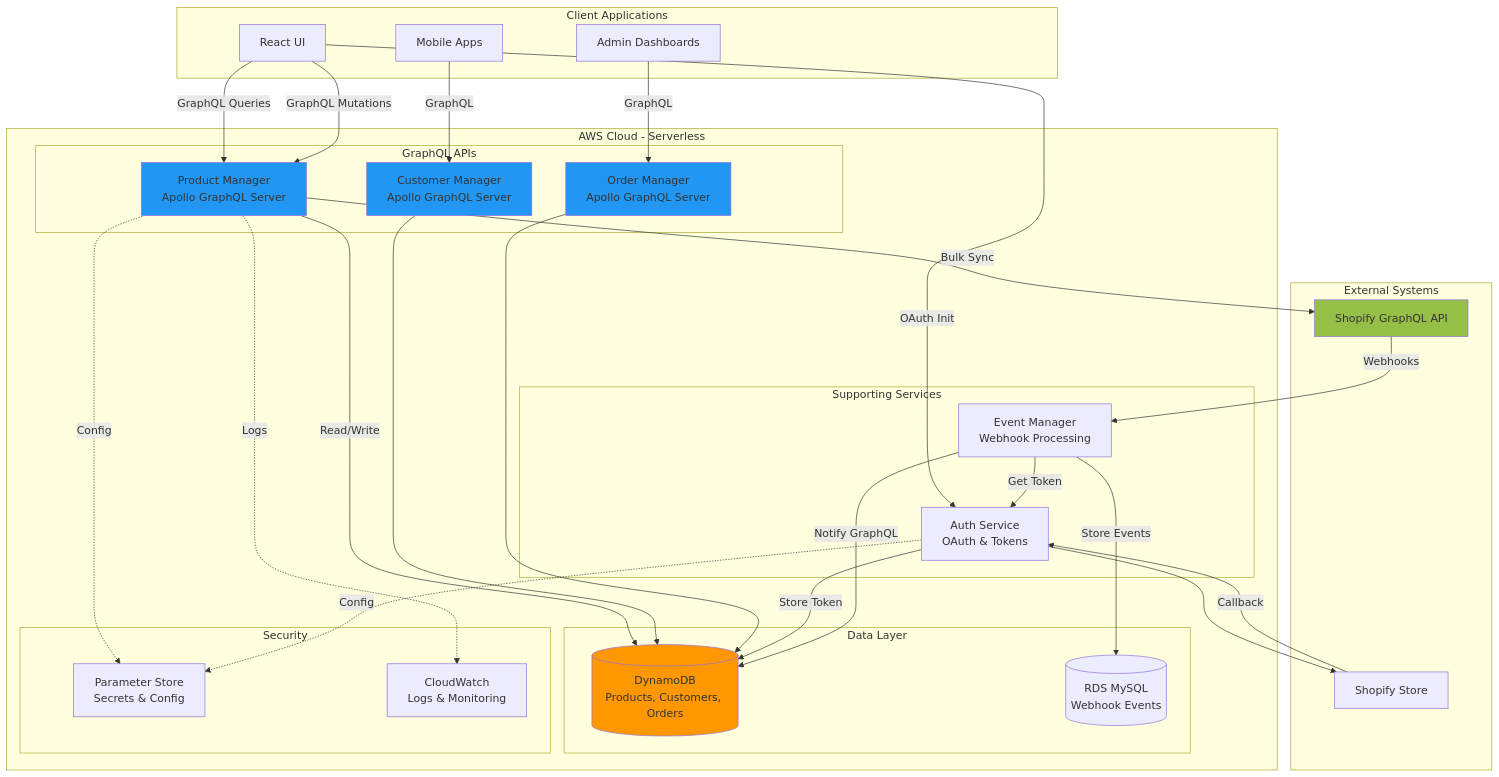
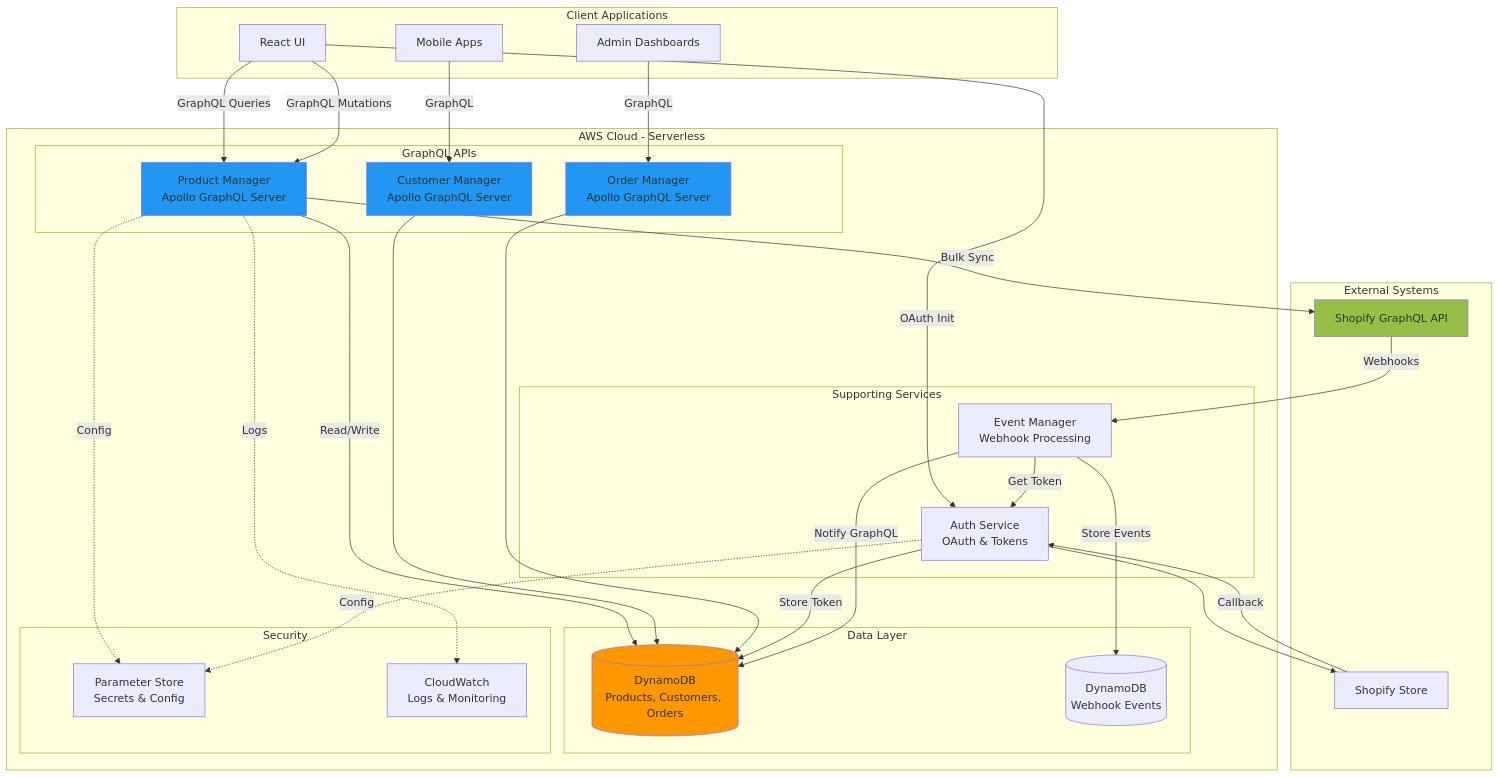
One commit to donstefani/shopify-operations-backend changed the diagram in README.md. Above: the diagram before and after it, drawn with Mermaid. The commit also changed other lines of this file and 23 other files, not shown here.

````diff
--- a/README.md
+++ b/README.md
@@ -65,71 +65,71 @@
 ```mermaid
 graph TB
     subgraph "External Systems"
         Shopify[Shopify GraphQL API]
         Store[Shopify Store]
     end
     
     subgraph "AWS Cloud - Serverless"
         subgraph "GraphQL APIs"
             ProductAPI[Product Manager<br/>Apollo GraphQL Server]
             CustomerAPI[Customer Manager<br/>Apollo GraphQL Server]
             OrderAPI[Order Manager<br/>Apollo GraphQL Server]
         end
         
         subgraph "Supporting Services"
             AuthAPI[Auth Service<br/>OAuth & Tokens]
             EventAPI[Event Manager<br/>Webhook Processing]
         end
         
         subgraph "Data Layer"
             DynamoDB[(DynamoDB<br/>Products, Customers, Orders)]
-            RDS[(RDS MySQL<br/>Webhook Events)]
+            DynamoDBEvents[(DynamoDB<br/>Webhook Events)]
         end
         
         subgraph "Security"
             SSM[Parameter Store<br/>Secrets & Config]
             CloudWatch[CloudWatch<br/>Logs & Monitoring]
         end
     end
     
     subgraph "Client Applications"
         Frontend[React UI]
         Mobile[Mobile Apps]
         Admin[Admin Dashboards]
     end
     
     %% GraphQL API Flow
     Frontend -->|GraphQL Queries| ProductAPI
     Frontend -->|GraphQL Mutations| ProductAPI
     ProductAPI -->|Read/Write| DynamoDB
     ProductAPI -->|Bulk Sync| Shopify
     
     Mobile -->|GraphQL| CustomerAPI
     CustomerAPI --> DynamoDB
     
     Admin -->|GraphQL| OrderAPI
     OrderAPI --> DynamoDB
     
     %% Auth Flow
     Frontend -->|OAuth Init| AuthAPI
     AuthAPI --> Store
     Store -->|Callback| AuthAPI
     AuthAPI -->|Store Token| DynamoDB
     
     %% Webhook Flow
     Shopify -->|Webhooks| EventAPI
     EventAPI -->|Get Token| AuthAPI
-    EventAPI -->|Store Events| RDS
+    EventAPI -->|Store Events| DynamoDBEvents
     EventAPI -->|Notify GraphQL| DynamoDB
     
     %% Configuration
     ProductAPI -.->|Config| SSM
     AuthAPI -.->|Config| SSM
     ProductAPI -.->|Logs| CloudWatch
     
     style ProductAPI fill:#2196F3
     style CustomerAPI fill:#2196F3
     style OrderAPI fill:#2196F3
     style DynamoDB fill:#FF9800
     style Shopify fill:#96BF48
 ```
````
